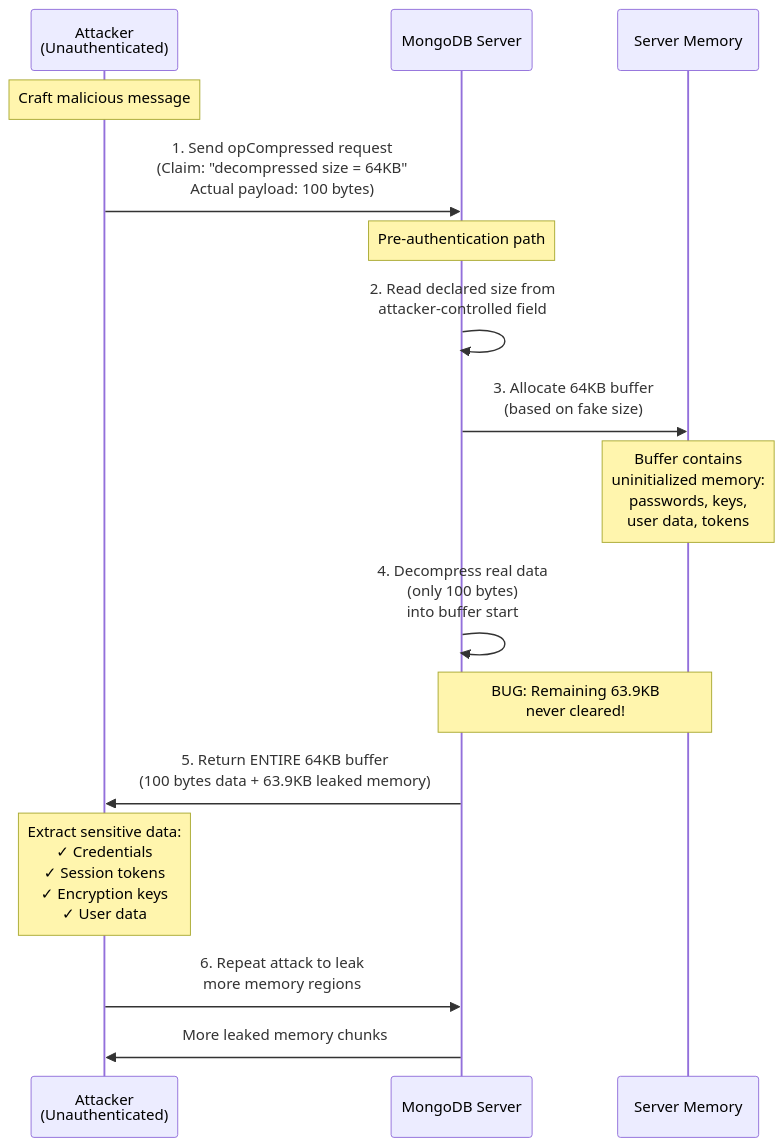
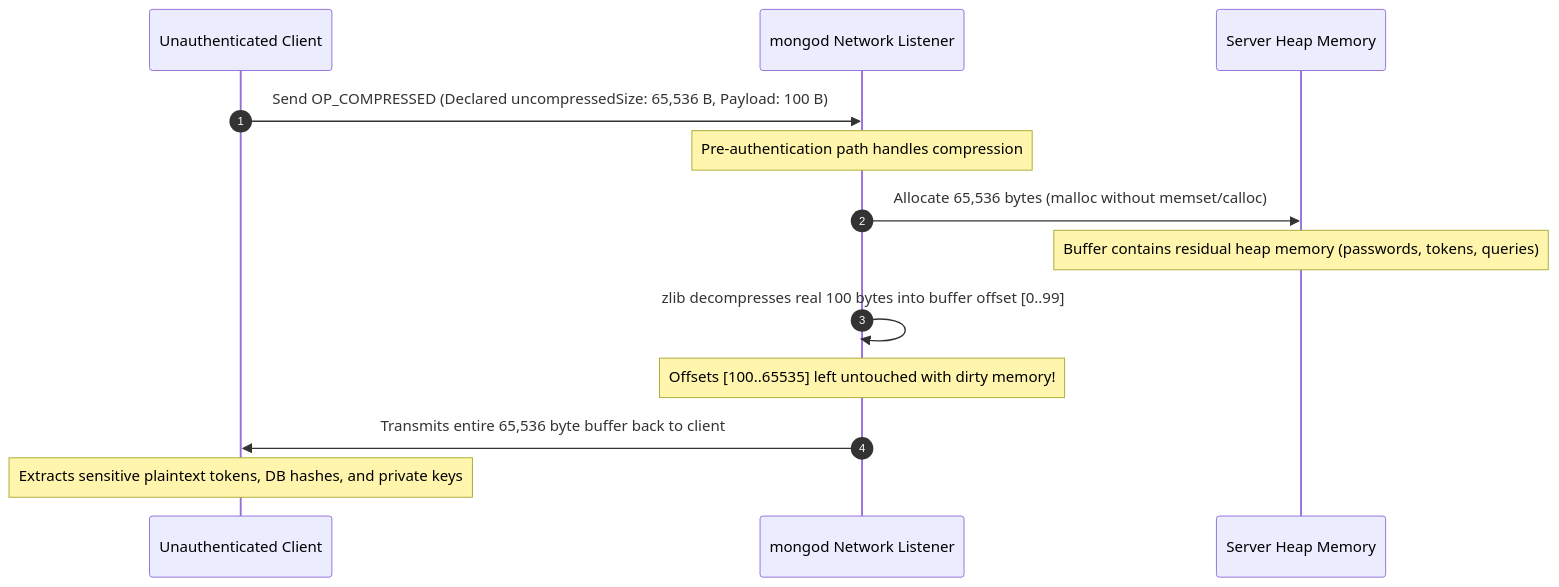
One commit to rsrini7/Learnings changed the second of 2 diagrams in News/Security/MongoBleed-Dec2025.md. Above: the diagram before and after it, drawn with Mermaid. The commit also changed other lines of this file and 14 other files, not shown here.

Commit message:
docs(security): add security diagrams and update Notepad++ references

````diff
--- a/News/Security/MongoBleed-Dec2025.md
+++ b/News/Security/MongoBleed-Dec2025.md
@@ -47,28 +91,16 @@
 ```mermaid
 sequenceDiagram
-    participant A as Attacker<br/>(Unauthenticated)
-    participant M as MongoDB Server
-    participant Mem as Server Memory
+    autonumber
+    participant Attacker as Unauthenticated Client
+    participant Server as mongod Network Listener
+    participant Heap as Server Heap Memory
 
-    Note over A: Craft malicious message
-    A->>M: 1. Send opCompressed request<br/>(Claim: "decompressed size = 64KB"<br/>Actual payload: 100 bytes)
-    
-    Note over M: Pre-authentication path
-    M->>M: 2. Read declared size from<br/>attacker-controlled field
-    
-    M->>Mem: 3. Allocate 64KB buffer<br/>(based on fake size)
-    
-    Note over Mem: Buffer contains<br/>uninitialized memory:<br/>passwords, keys,<br/>user data, tokens
-    
-    M->>M: 4. Decompress real data<br/>(only 100 bytes)<br/>into buffer start
-    
-    Note over M,Mem: BUG: Remaining 63.9KB<br/>never cleared!
-    
-    M->>A: 5. Return ENTIRE 64KB buffer<br/>(100 bytes data + 63.9KB leaked memory)
-    
-    Note over A: Extract sensitive data:<br/>✓ Credentials<br/>✓ Session tokens<br/>✓ Encryption keys<br/>✓ User data
-    
-    A->>M: 6. Repeat attack to leak<br/>more memory regions
-    
-    M->>A: More leaked memory chunks
+    Attacker->>Server: Send OP_COMPRESSED (Declared uncompressedSize: 65,536 B, Payload: 100 B)
+    Note over Server: Pre-authentication path handles compression
+    Server->>Heap: Allocate 65,536 bytes (malloc without memset/calloc)
+    Note over Heap: Buffer contains residual heap memory (passwords, tokens, queries)
+    Server->>Server: zlib decompresses real 100 bytes into buffer offset [0..99]
+    Note over Server: Offsets [100..65535] left untouched with dirty memory!
+    Server->>Attacker: Transmits entire 65,536 byte buffer back to client
+    Note over Attacker: Extracts sensitive plaintext tokens, DB hashes, and private keys
 ```
````
